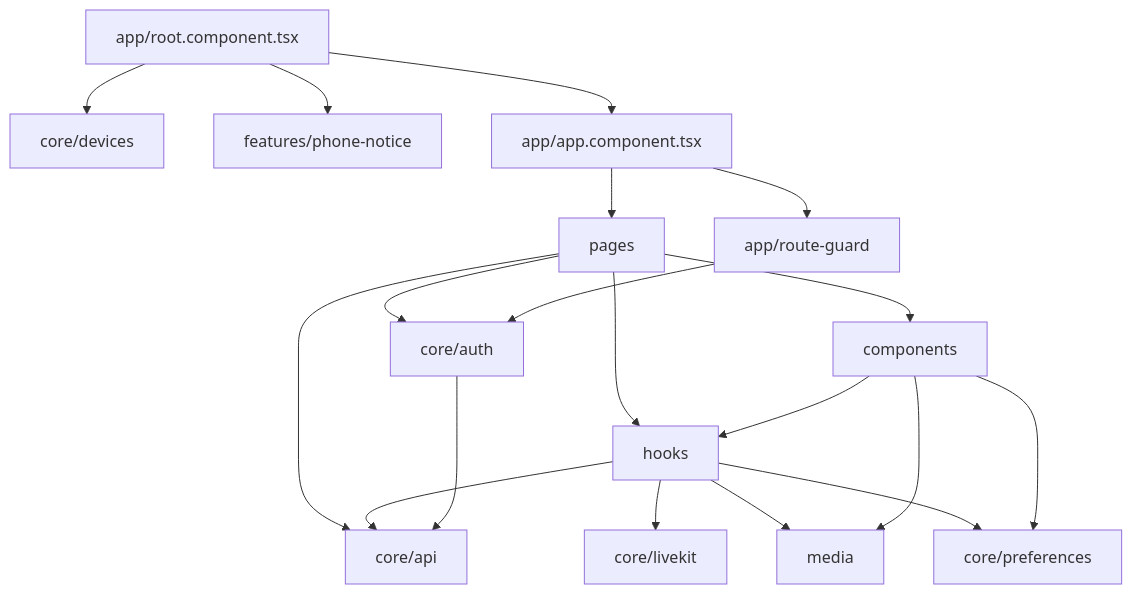
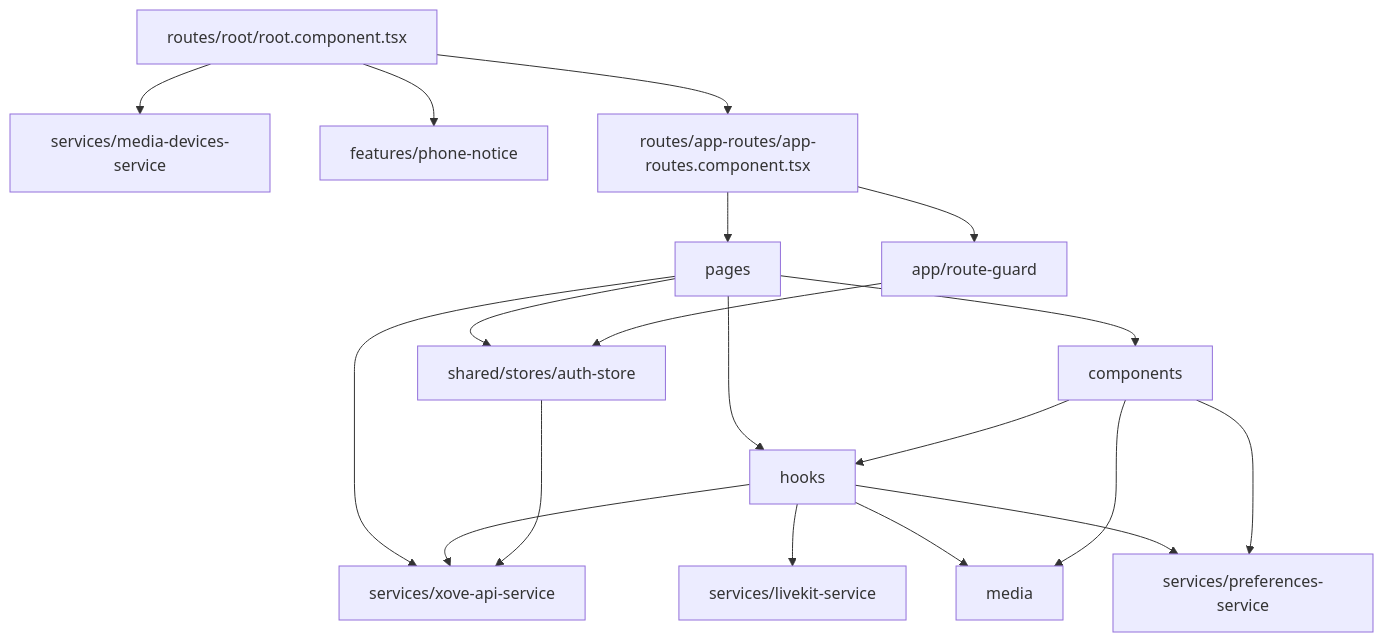
Before and after one commit to Hbrauveres/xove-web: the second of 4 diagrams in docs/architecture.md, drawn with Mermaid. The commit also changed other lines of this file and 8 other files, not shown here.

````diff
--- a/docs/architecture.md
+++ b/docs/architecture.md
@@ -46,21 +47,21 @@
 ```mermaid
 flowchart TD
   P[pages] --> C[components]
   P --> H[hooks]
-  P --> A[core/api]
+  P --> A[services/xove-api-service]
   C --> H
   H --> A
-  H --> LK[core/livekit]
+  H --> LK[services/livekit-service]
   H --> M[media]
   C --> M
-  H --> PR[core/preferences]
+  H --> PR[services/preferences-service]
   C --> PR
-  P --> AU[core/auth]
+  P --> AU[shared/stores/auth-store]
   AU --> A
-  R[app/root.component.tsx] --> D[core/devices]
+  R[routes/root/root.component.tsx] --> D[services/media-devices-service]
   R --> N[features/phone-notice]
-  R --> APP[app/app.component.tsx]
+  R --> APP[routes/app-routes/app-routes.component.tsx]
   APP --> G[app/route-guard]
   G --> AU
   APP --> P
 ```
````
